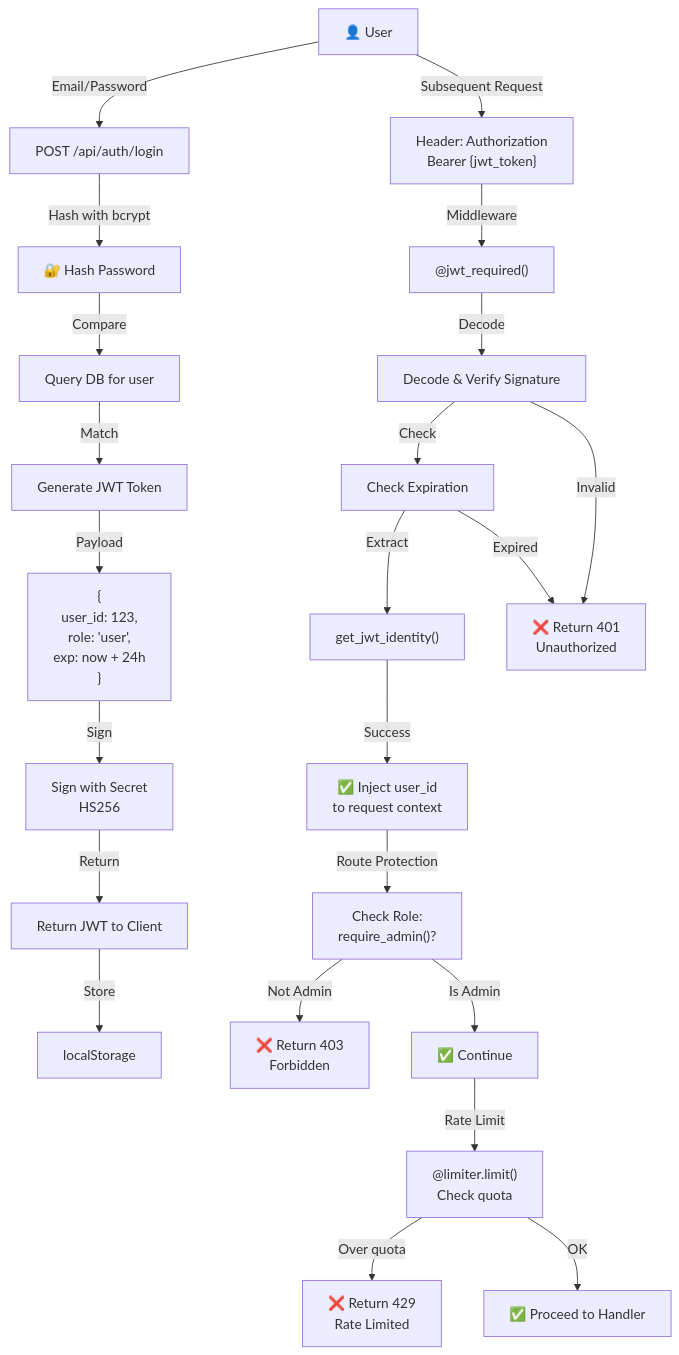
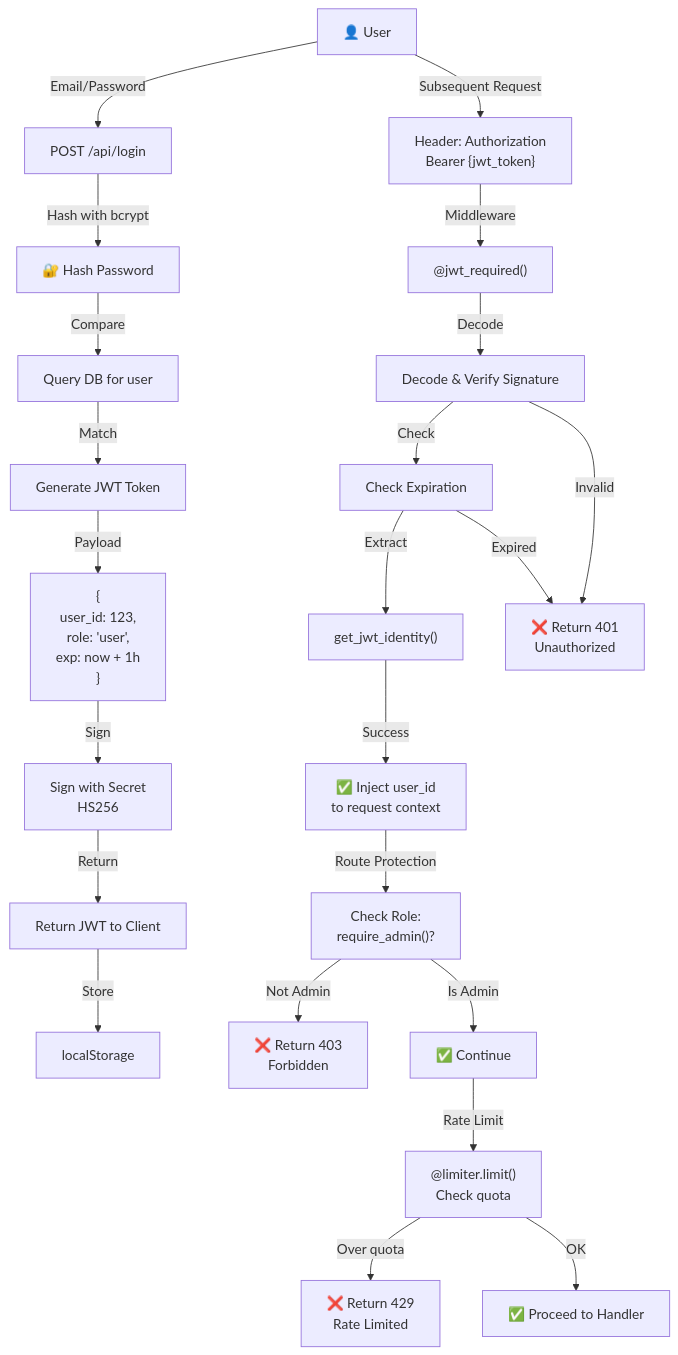
Before and after one commit to Shrx14/InnovateSphere: diagram 13 of 13 in docs/DIAGRAMS_MERMAID.md, drawn with Mermaid. The commit also changed other lines of this file and 4 other files, not shown here.

Commit message:
`Updated README, SETUP_GUIDE, and other documentation files to reflect changes in the project structure, architecture, and features.`

````diff
--- a/docs/DIAGRAMS_MERMAID.md
+++ b/docs/DIAGRAMS_MERMAID.md
@@ -675,38 +720,38 @@
 ```mermaid
 graph TD
     User["👤 User"]
     
-    User -->|Email/Password| Login["POST /api/auth/login"]
+    User -->|Email/Password| Login["POST /api/login"]
     
     Login -->|Hash with bcrypt| Hash["🔐 Hash Password"]
     Hash -->|Compare| DBCheck["Query DB for user"]
     
     DBCheck -->|Match| Gen["Generate JWT Token"]
-    Gen -->|Payload| Payload["{<br/>user_id: 123,<br/>role: 'user',<br/>exp: now + 24h<br/>}"]
+    Gen -->|Payload| Payload["{<br/>user_id: 123,<br/>role: 'user',<br/>exp: now + 1h<br/>}"]
     
     Payload -->|Sign| Sign["Sign with Secret<br/>HS256"]
     Sign -->|Return| Token["Return JWT to Client"]
     
     Token -->|Store| Storage["localStorage"]
     
     User -->|Subsequent Request| Header["Header: Authorization<br/>Bearer {jwt_token}"]
     
     Header -->|Middleware| Verify["@jwt_required()"]
     
     Verify -->|Decode| Decode["Decode & Verify Signature"]
     Decode -->|Check| CheckExp["Check Expiration"]
     CheckExp -->|Extract| Extract["get_jwt_identity()"]
     
     Extract -->|Success| Allow["✅ Inject user_id<br/>to request context"]
     CheckExp -->|Expired| Deny["❌ Return 401<br/>Unauthorized"]
     Decode -->|Invalid| Deny
     
     Allow -->|Route Protection| Check_Role["Check Role:<br/>require_admin()?"]
     
     Check_Role -->|Not Admin| Forbidden["❌ Return 403<br/>Forbidden"]
     Check_Role -->|Is Admin| Continue["✅ Continue"]
     
     Continue -->|Rate Limit| Limiter["@limiter.limit()<br/>Check quota"]
     Limiter -->|Over quota| TooMany["❌ Return 429<br/>Rate Limited"]
     Limiter -->|OK| Proceed["✅ Proceed to Handler"]
 ```
````
